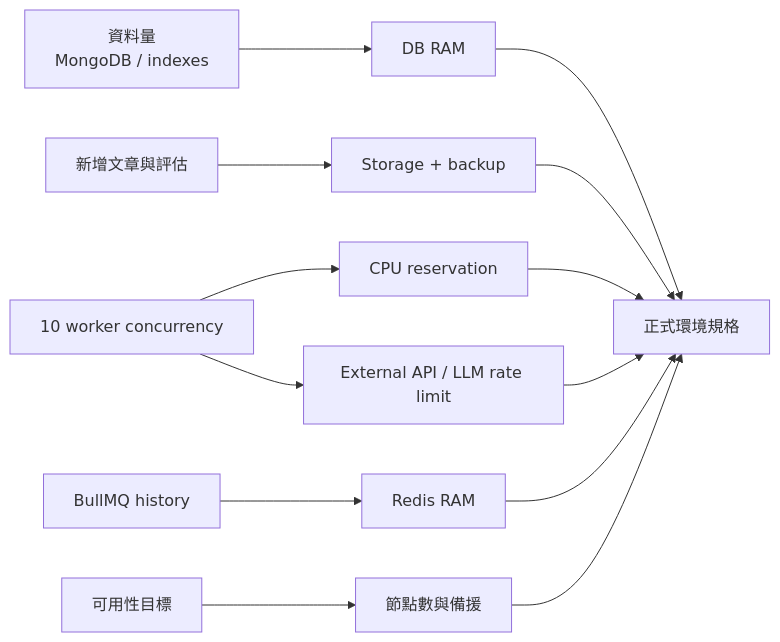
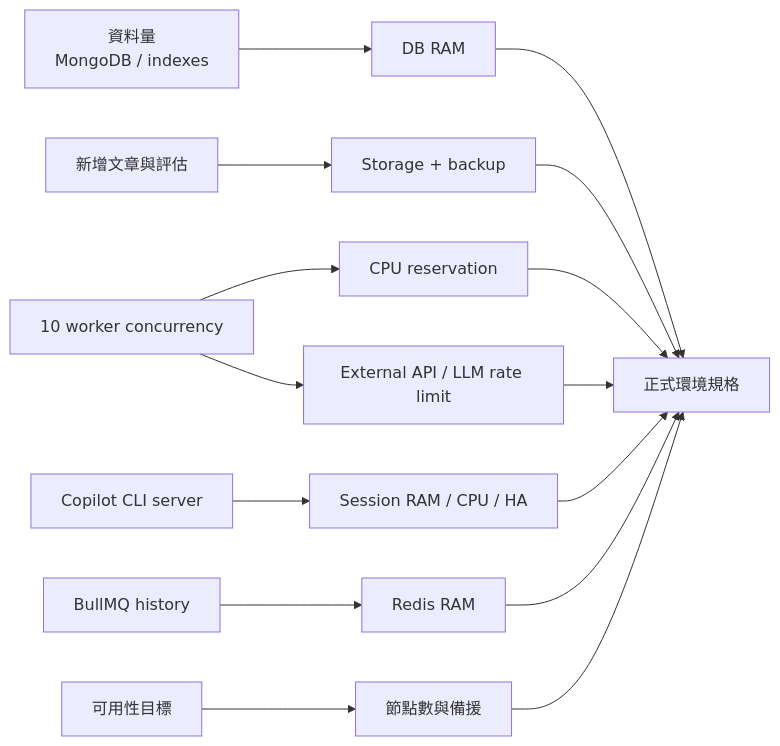
Before and after one commit to chunkai1312/temp: the eighth of 17 diagrams in production-resource-architecture-proposal.md, drawn with Mermaid. The commit also changed other lines of this file, not shown here.

````diff
--- a/production-resource-architecture-proposal.md
+++ b/production-resource-architecture-proposal.md
@@ -252,15 +305,17 @@
 ```mermaid
 flowchart LR
   DATA["資料量\nMongoDB / indexes"] --> DBRAM["DB RAM"]
   GROWTH["新增文章與評估"] --> STORAGE["Storage + backup"]
   WORKERS["10 worker concurrency"] --> CPU["CPU reservation"]
   WORKERS --> API["External API / LLM rate limit"]
+  CLI["Copilot CLI server"] --> CLIRAM["Session RAM / CPU / HA"]
   QUEUE["BullMQ history"] --> REDISRAM["Redis RAM"]
   HA["可用性目標"] --> NODES["節點數與備援"]
   DBRAM --> PLAN["正式環境規格"]
   STORAGE --> PLAN
   CPU --> PLAN
   API --> PLAN
+  CLIRAM --> PLAN
   REDISRAM --> PLAN
   NODES --> PLAN
 ```
````
